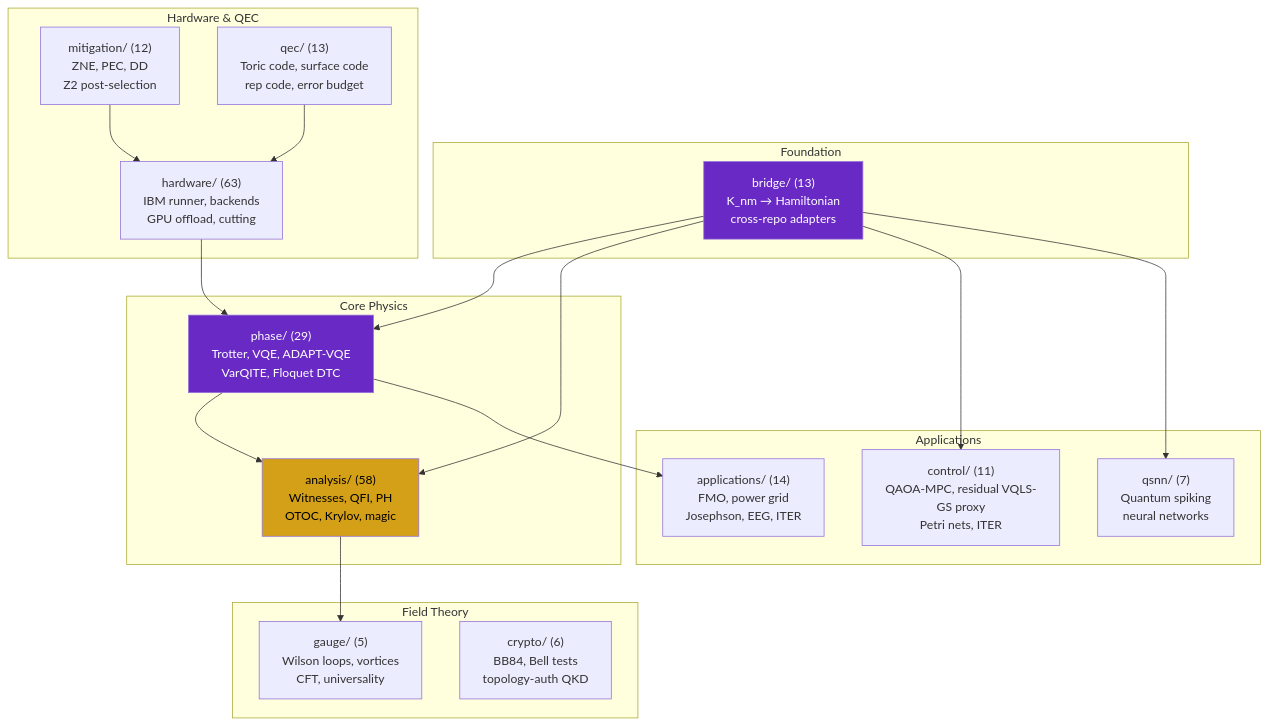
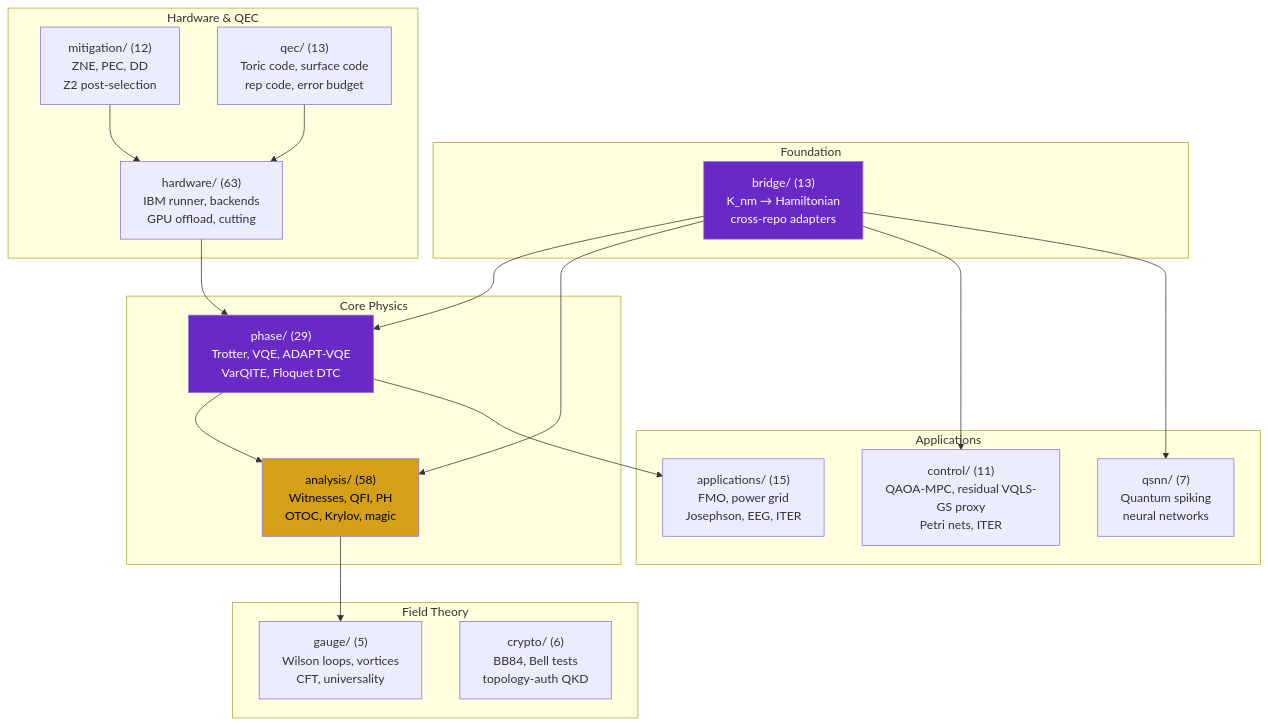
The first of 2 diagrams in README.md (anulum/scpn-quantum-control), drawn with Mermaid before and after one commit. The commit also changed other lines of this file and 17 other files, not shown here.

````diff
--- a/README.md
+++ b/README.md
@@ -656,43 +657,43 @@
 ```mermaid
 graph TD
     subgraph Foundation
         bridge["bridge/ (13)\nK_nm → Hamiltonian\ncross-repo adapters"]
     end
 
     subgraph "Core Physics"
         phase["phase/ (29)\nTrotter, VQE, ADAPT-VQE\nVarQITE, Floquet DTC"]
         analysis["analysis/ (58)\nWitnesses, QFI, PH\nOTOC, Krylov, magic"]
     end
 
     subgraph "Applications"
         control["control/ (11)\nQAOA-MPC, residual VQLS-GS proxy\nPetri nets, ITER"]
         qsnn["qsnn/ (7)\nQuantum spiking\nneural networks"]
-        apps["applications/ (14)\nFMO, power grid\nJosephson, EEG, ITER"]
+        apps["applications/ (15)\nFMO, power grid\nJosephson, EEG, ITER"]
     end
 
     subgraph "Hardware & QEC"
         hw["hardware/ (63)\nIBM runner, backends\nGPU offload, cutting"]
         mit["mitigation/ (12)\nZNE, PEC, DD\nZ2 post-selection"]
         qec["qec/ (13)\nToric code, surface code\nrep code, error budget"]
     end
 
     subgraph "Field Theory"
         gauge["gauge/ (5)\nWilson loops, vortices\nCFT, universality"]
         crypto["crypto/ (6)\nBB84, Bell tests\ntopology-auth QKD"]
     end
 
     bridge --> phase
     bridge --> analysis
     bridge --> control
     bridge --> qsnn
     phase --> analysis
     phase --> apps
     hw --> phase
     mit --> hw
     qec --> hw
     analysis --> gauge
 
     style bridge fill:#6929C4,color:#fff
     style analysis fill:#d4a017,color:#000
     style phase fill:#6929C4,color:#fff
 ```
````
